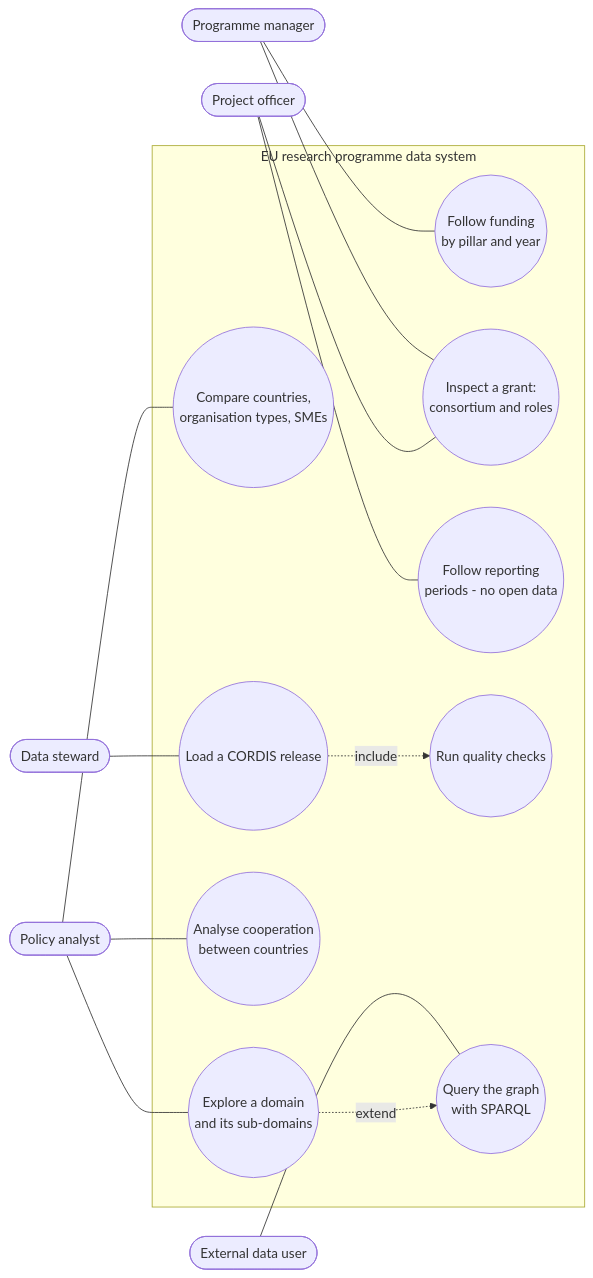
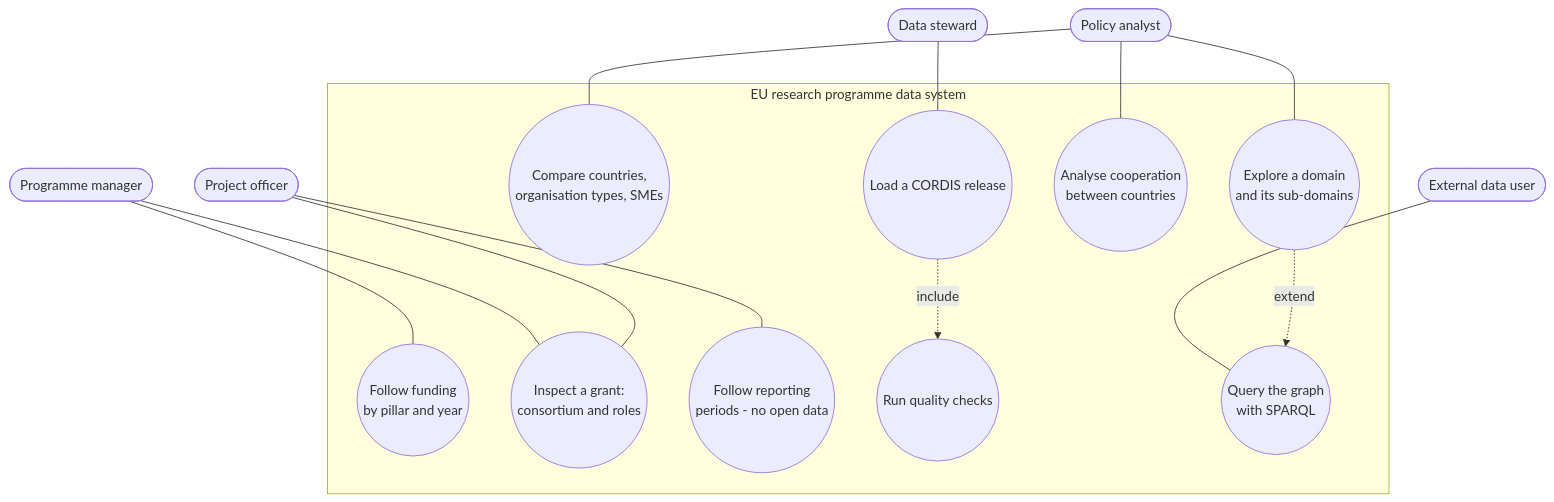
One commit to albt-france/eu-funded-research-data-model-case-study changed the first of 7 diagrams in model/DIAGRAMS.md. Above: the diagram before and after it, drawn with Mermaid. The commit also changed 33 other files, not shown here.

````diff
--- a/model/DIAGRAMS.md
+++ b/model/DIAGRAMS.md
@@ -9,30 +9,30 @@
 ```mermaid
-flowchart LR
+flowchart TB
   PM(["Programme manager"])
   PA(["Policy analyst"])
   PO(["Project officer"])
   DS(["Data steward"])
   EU(["External data user"])
   subgraph SYS["EU research programme data system"]
     UC1(("Follow funding<br/>by pillar and year"))
     UC2(("Compare countries,<br/>organisation types, SMEs"))
     UC3(("Explore a domain<br/>and its sub-domains"))
     UC4(("Analyse cooperation<br/>between countries"))
     UC5(("Inspect a grant:<br/>consortium and roles"))
     UC6(("Follow reporting<br/>periods - no open data"))
     UC7(("Load a CORDIS release"))
     UC8(("Run quality checks"))
     UC9(("Query the graph<br/>with SPARQL"))
   end
   PM --- UC1
   PM --- UC5
   PA --- UC2
   PA --- UC3
   PA --- UC4
   PO --- UC5
   PO --- UC6
   DS --- UC7
   UC7 -. "include" .-> UC8
   EU --- UC9
   UC3 -. "extend" .-> UC9
 ```
````
